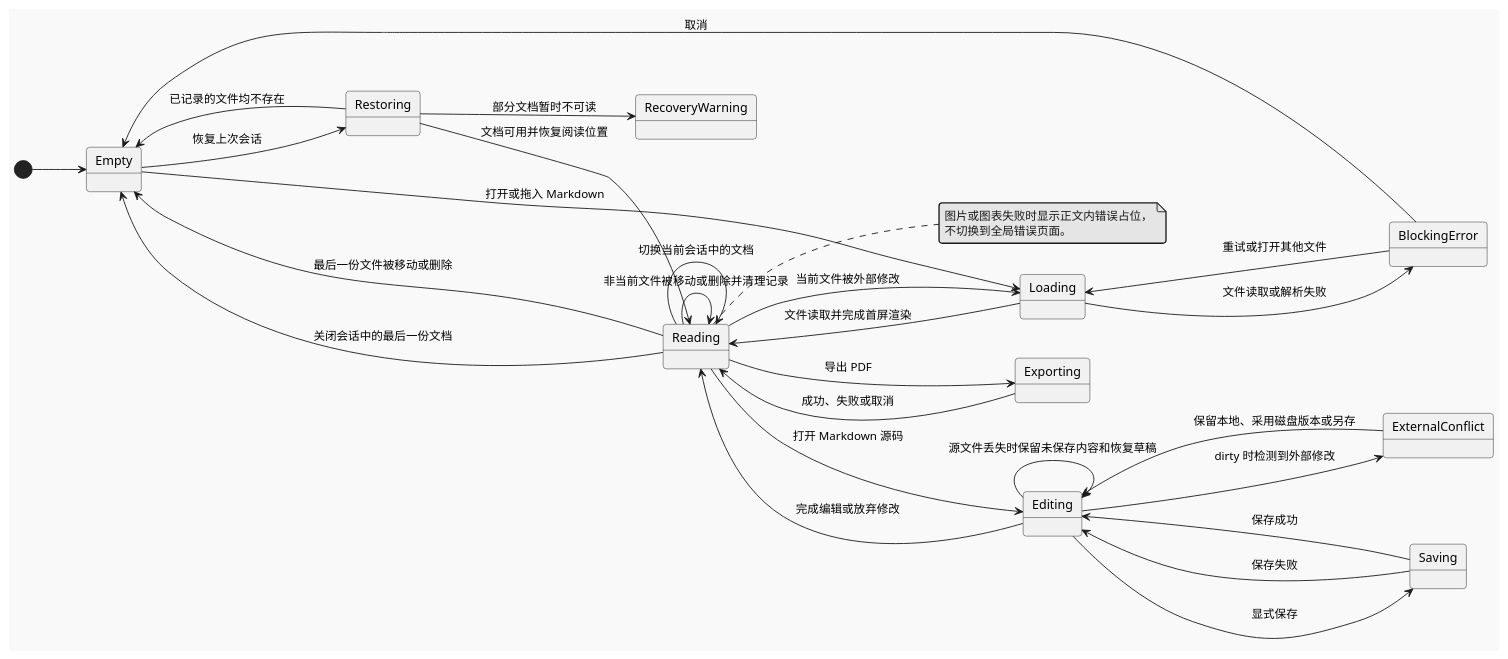
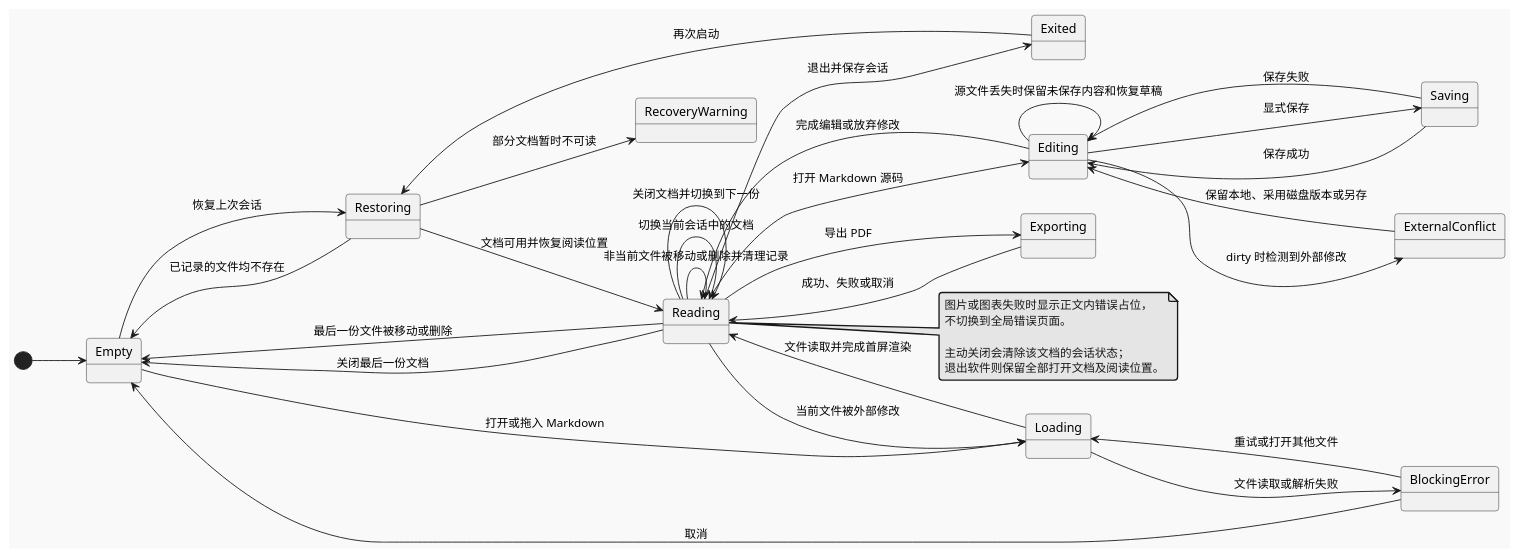
Before and after one commit to def-peter/fuxian: the diagram in docs/design/interface-prototype.md, drawn with PlantUML. The commit also changed other lines of this file and 15 other files, not shown here.

````diff
--- a/docs/design/interface-prototype.md
+++ b/docs/design/interface-prototype.md
@@ -44,38 +44,44 @@
 ```plantuml
 @startuml
 !theme mars
 skinparam defaultFontName "PingFang SC"
 left to right direction
 
 [*] --> Empty
 Empty --> Restoring : 恢复上次会话
 Empty --> Loading : 打开或拖入 Markdown
 Restoring --> Reading : 文档可用并恢复阅读位置
 Restoring --> RecoveryWarning : 部分文档暂时不可读
 Restoring --> Empty : 已记录的文件均不存在
 Loading --> Reading : 文件读取并完成首屏渲染
 Loading --> BlockingError : 文件读取或解析失败
 BlockingError --> Loading : 重试或打开其他文件
 BlockingError --> Empty : 取消
 Reading --> Editing : 打开 Markdown 源码
 Editing --> Saving : 显式保存
 Saving --> Editing : 保存成功
 Saving --> Editing : 保存失败
 Editing --> ExternalConflict : dirty 时检测到外部修改
 ExternalConflict --> Editing : 保留本地、采用磁盘版本或另存
 Editing --> Editing : 源文件丢失时保留未保存内容和恢复草稿
 Editing --> Reading : 完成编辑或放弃修改
 Reading --> Loading : 当前文件被外部修改
 Reading --> Reading : 非当前文件被移动或删除并清理记录
 Reading --> Empty : 最后一份文件被移动或删除
 Reading --> Reading : 切换当前会话中的文档
+Reading --> Reading : 关闭文档并切换到下一份
+Reading --> Empty : 关闭最后一份文档
 Reading --> Exporting : 导出 PDF
 Exporting --> Reading : 成功、失败或取消
-Reading --> Empty : 关闭会话中的最后一份文档
+Reading --> Exited : 退出并保存会话
+Exited --> Restoring : 再次启动
 
 note right of Reading
 图片或图表失败时显示正文内错误占位，
 不切换到全局错误页面。
+
+主动关闭会清除该文档的会话状态；
+退出软件则保留全部打开文档及阅读位置。
 end note
 @enduml
 ```
````
